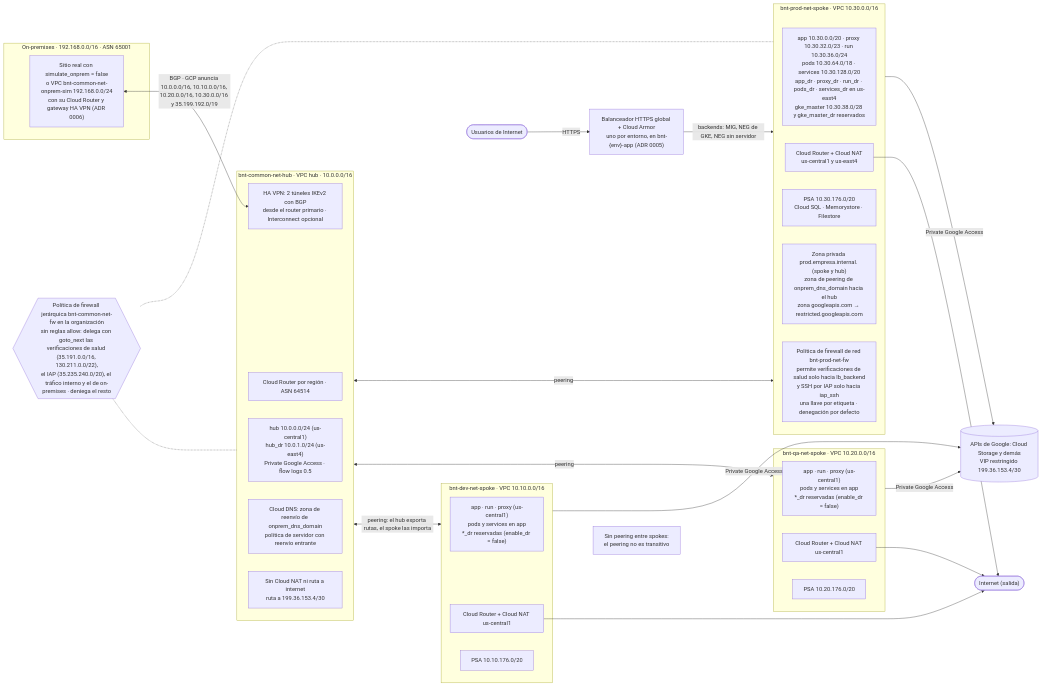
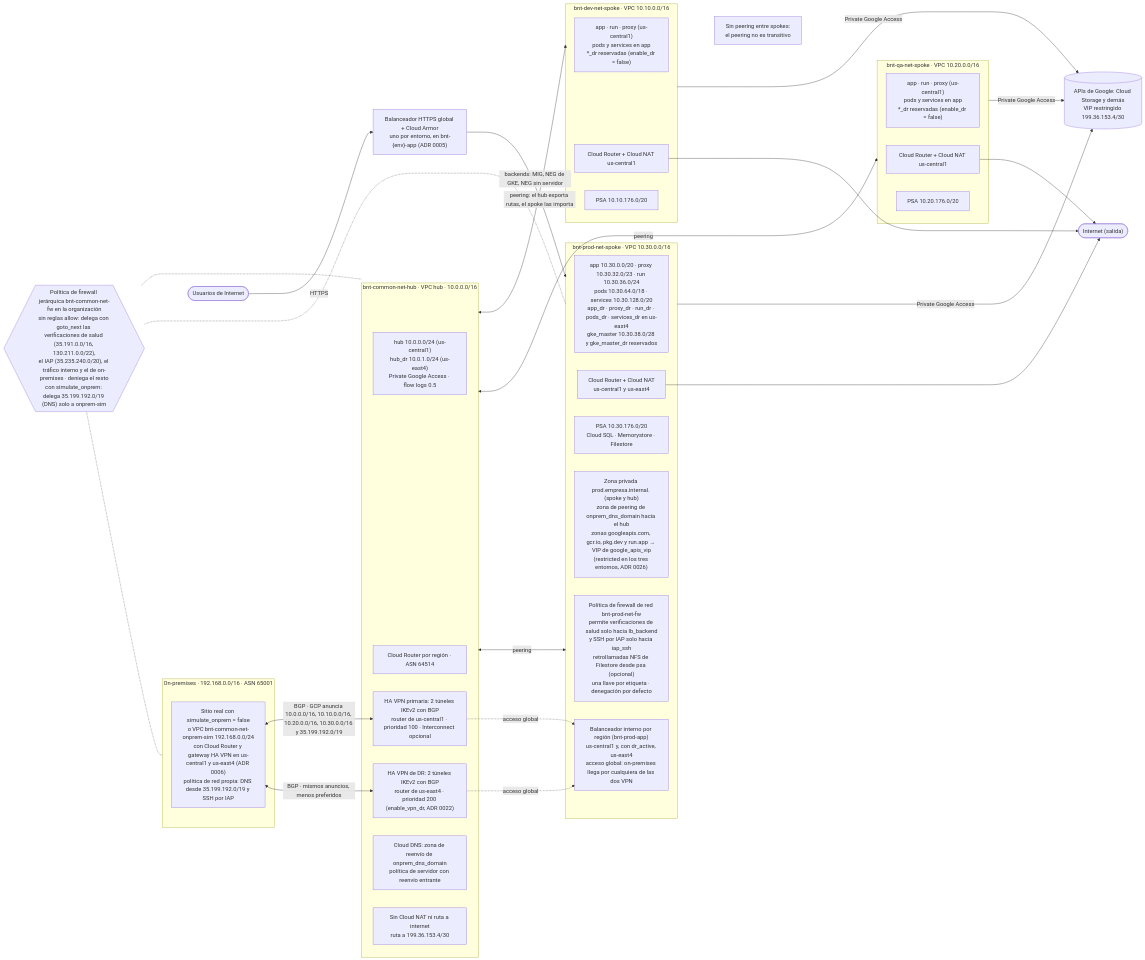
One commit to jadrianlg16/reto-banorte-gcp-terraform changed the diagram in gcp-datacenter/docs/diagramas/02-red-y-conectividad.md. Above: the diagram before and after it, drawn with Mermaid. The commit also changed other lines of this file and 30 other files, not shown here.

Commit message:
Documentacion al dia con la ronda de correcciones: contrato, ADR 0021 a 0026, runbooks, pendientes y diagramas

````diff
--- a/gcp-datacenter/docs/diagramas/02-red-y-conectividad.md
+++ b/gcp-datacenter/docs/diagramas/02-red-y-conectividad.md
@@ -7,62 +7,69 @@
 ```mermaid
 flowchart LR
   users(["Usuarios de Internet"])
   xlb["Balanceador HTTPS global + Cloud Armor<br/>uno por entorno, en bnt-{env}-app (ADR 0005)"]
   users -- "HTTPS" --> xlb
 
   subgraph ONP["On-premises · 192.168.0.0/16 · ASN 65001"]
-    onp["Sitio real con simulate_onprem = false<br/>o VPC bnt-common-net-onprem-sim 192.168.0.0/24<br/>con su Cloud Router y gateway HA VPN (ADR 0006)"]
+    onp["Sitio real con simulate_onprem = false<br/>o VPC bnt-common-net-onprem-sim 192.168.0.0/24<br/>con Cloud Router y gateway HA VPN en us-central1 y us-east4 (ADR 0006)<br/>política de red propia: DNS desde 35.199.192.0/19 y SSH por IAP"]
   end
 
   subgraph HUB["bnt-common-net-hub · VPC hub · 10.0.0.0/16"]
     hsub["hub 10.0.0.0/24 (us-central1)<br/>hub_dr 10.0.1.0/24 (us-east4)<br/>Private Google Access · flow logs 0.5"]
     hcr["Cloud Router por región · ASN 64514"]
-    hvpn["HA VPN: 2 túneles IKEv2 con BGP<br/>desde el router primario · Interconnect opcional"]
+    hvpn["HA VPN primaria: 2 túneles IKEv2 con BGP<br/>router de us-central1 · prioridad 100 · Interconnect opcional"]
+    hvpndr["HA VPN de DR: 2 túneles IKEv2 con BGP<br/>router de us-east4 · prioridad 200 (enable_vpn_dr, ADR 0022)"]
     hdns["Cloud DNS: zona de reenvío de onprem_dns_domain<br/>política de servidor con reenvío entrante"]
     hroute["Sin Cloud NAT ni ruta a internet<br/>ruta a 199.36.153.4/30"]
   end
 
   onp <-- "BGP · GCP anuncia 10.0.0.0/16, 10.10.0.0/16, 10.20.0.0/16, 10.30.0.0/16 y 35.199.192.0/19" --> hvpn
+  onp <-- "BGP · mismos anuncios, menos preferidos" --> hvpndr
 
   subgraph DEV["bnt-dev-net-spoke · VPC 10.10.0.0/16"]
     dsub["app · run · proxy (us-central1)<br/>pods y services en app<br/>*_dr reservadas (enable_dr = false)"]
     dnat["Cloud Router + Cloud NAT us-central1"]
     dpsa["PSA 10.10.176.0/20"]
   end
 
   subgraph QA["bnt-qa-net-spoke · VPC 10.20.0.0/16"]
     qsub["app · run · proxy (us-central1)<br/>pods y services en app<br/>*_dr reservadas (enable_dr = false)"]
     qnat["Cloud Router + Cloud NAT us-central1"]
     qpsa["PSA 10.20.176.0/20"]
   end
 
   subgraph PROD["bnt-prod-net-spoke · VPC 10.30.0.0/16"]
     psub["app 10.30.0.0/20 · proxy 10.30.32.0/23 · run 10.30.36.0/24<br/>pods 10.30.64.0/18 · services 10.30.128.0/20<br/>app_dr · proxy_dr · run_dr · pods_dr · services_dr en us-east4<br/>gke_master 10.30.38.0/28 y gke_master_dr reservados"]
     pnat["Cloud Router + Cloud NAT<br/>us-central1 y us-east4"]
     ppsa["PSA 10.30.176.0/20<br/>Cloud SQL · Memorystore · Filestore"]
-    pdns["Zona privada prod.empresa.internal. (spoke y hub)<br/>zona de peering de onprem_dns_domain hacia el hub<br/>zona googleapis.com → restricted.googleapis.com"]
-    pfw["Política de firewall de red bnt-prod-net-fw<br/>permite verificaciones de salud solo hacia lb_backend<br/>y SSH por IAP solo hacia iap_ssh<br/>una llave por etiqueta · denegación por defecto"]
+    pdns["Zona privada prod.empresa.internal. (spoke y hub)<br/>zona de peering de onprem_dns_domain hacia el hub<br/>zonas googleapis.com, gcr.io, pkg.dev y run.app → VIP de google_apis_vip<br/>(restricted en los tres entornos, ADR 0026)"]
+    pfw["Política de firewall de red bnt-prod-net-fw<br/>permite verificaciones de salud solo hacia lb_backend<br/>y SSH por IAP solo hacia iap_ssh<br/>retrollamadas NFS de Filestore desde psa (opcional)<br/>una llave por etiqueta · denegación por defecto"]
+    pilb["Balanceador interno por región (bnt-prod-app)<br/>us-central1 y, con dr_active, us-east4<br/>acceso global: on-premises llega por cualquiera de las dos VPN"]
   end
+
+  hvpn -. "acceso global" .-> pilb
+  hvpndr -. "acceso global" .-> pilb
 
   HUB <-- "peering: el hub exporta rutas, el spoke las importa" --> DEV
   HUB <-- "peering" --> QA
   HUB <-- "peering" --> PROD
   nopeer["Sin peering entre spokes:<br/>el peering no es transitivo"]
   DEV ~~~ nopeer ~~~ QA
 
   xlb -- "backends: MIG, NEG de GKE, NEG sin servidor" --> PROD
 
   egress(["Internet (salida)"])
   dnat --> egress
   qnat --> egress
   pnat --> egress
 
   gapis[("APIs de Google: Cloud Storage y demás<br/>VIP restringido 199.36.153.4/30")]
   PROD -- "Private Google Access" --> gapis
   DEV -- "Private Google Access" --> gapis
   QA -- "Private Google Access" --> gapis
 
-  hfw{{"Política de firewall jerárquica bnt-common-net-fw en la organización<br/>sin reglas allow: delega con goto_next las verificaciones de salud (35.191.0.0/16, 130.211.0.0/22),<br/>el IAP (35.235.240.0/20), el tráfico interno y el de on-premises · deniega el resto"}}
+  hfw{{"Política de firewall jerárquica bnt-common-net-fw en la organización<br/>sin reglas allow: delega con goto_next las verificaciones de salud (35.191.0.0/16, 130.211.0.0/22),<br/>el IAP (35.235.240.0/20), el tráfico interno y el de on-premises · deniega el resto<br/>con simulate_onprem: delega 35.199.192.0/19 (DNS) solo a onprem-sim"}}
   hfw -.- HUB
   hfw -.- PROD
+  hfw -.- ONP
 ```
````
